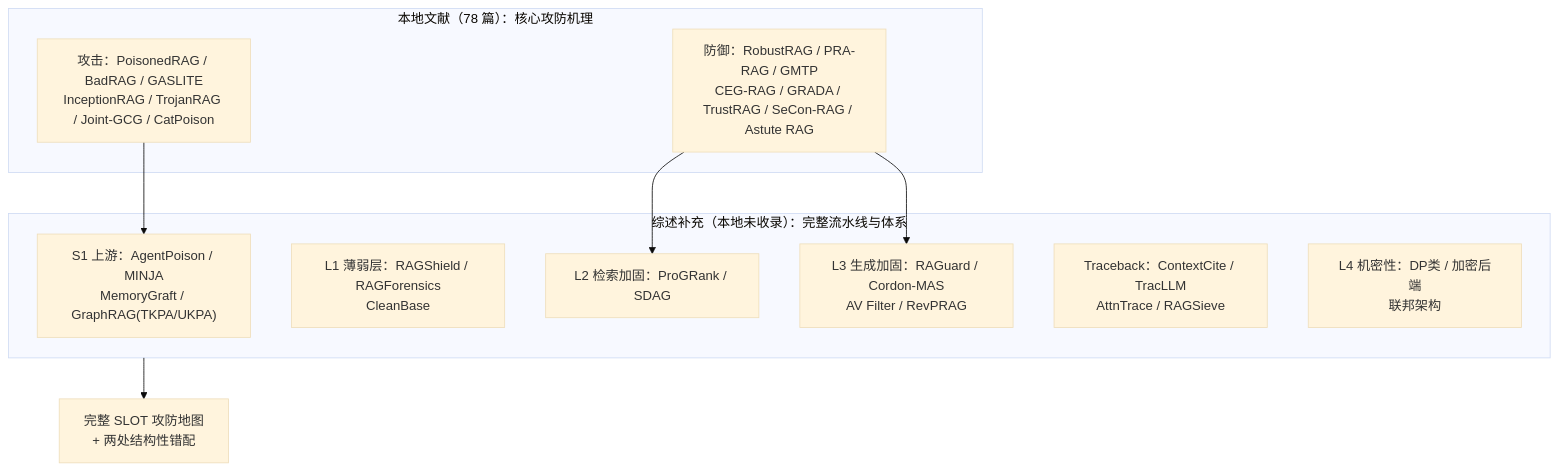
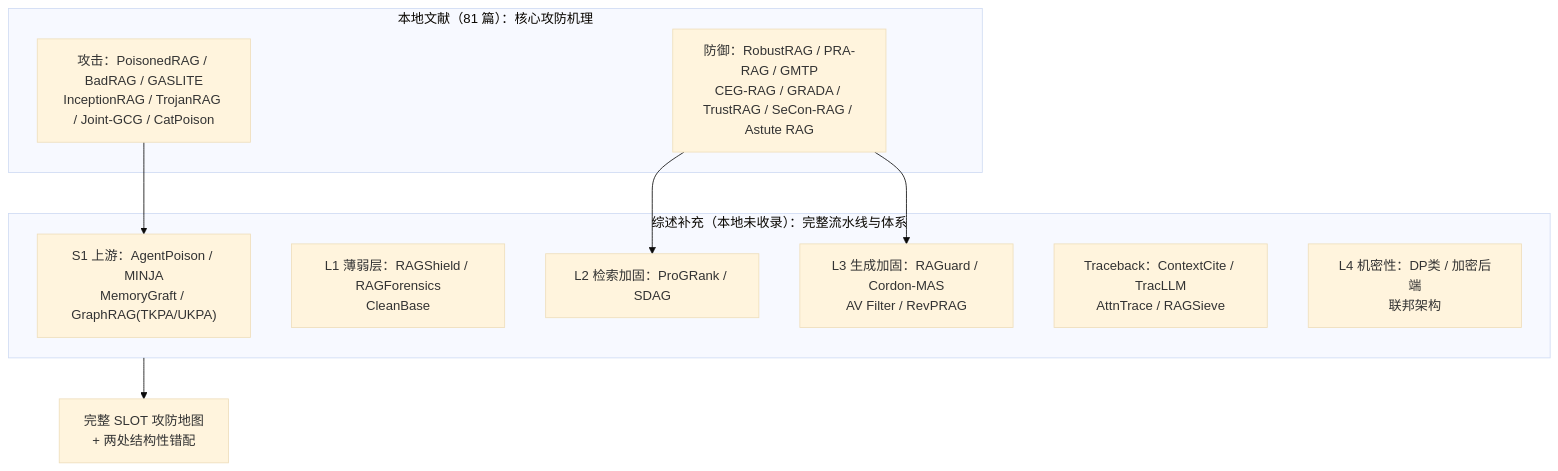
One commit to fgfgfdg8/graduate_thesis_proposal changed the third of 3 diagrams in docs/RAG安全文献攻防技术手段总结报告.md. Above: the diagram before and after it, drawn with Mermaid (base theme). The commit also changed other lines of this file, not shown here.

````diff
--- a/docs/RAG安全文献攻防技术手段总结报告.md
+++ b/docs/RAG安全文献攻防技术手段总结报告.md
@@ -1466,19 +1493,19 @@
 ```mermaid
 flowchart TB
-    subgraph ORIG["本地文献（78 篇）：核心攻防机理"]
+    subgraph ORIG["本地文献（81 篇）：核心攻防机理"]
         O1["攻击：PoisonedRAG / BadRAG / GASLITE<br/>InceptionRAG / TrojanRAG / Joint-GCG / CatPoison"]
         O2["防御：RobustRAG / PRA-RAG / GMTP<br/>CEG-RAG / GRADA / TrustRAG / SeCon-RAG / Astute RAG"]
     end
     subgraph NEW["综述补充（本地未收录）：完整流水线与体系"]
         N1["S1 上游：AgentPoison / MINJA<br/>MemoryGraft / GraphRAG(TKPA/UKPA)"]
         N2["L1 薄弱层：RAGShield / RAGForensics<br/>CleanBase"]
         N3["L2 检索加固：ProGRank / SDAG"]
         N4["L3 生成加固：RAGuard / Cordon-MAS<br/>AV Filter / RevPRAG"]
         N5["Traceback：ContextCite / TracLLM<br/>AttnTrace / RAGSieve"]
         N6["L4 机密性：DP类 / 加密后端<br/>联邦架构"]
     end
     O1 --> N1
     O2 --> N3
     O2 --> N4
     NEW --> C["完整 SLOT 攻防地图<br/>+ 两处结构性错配"]
 ```
````
